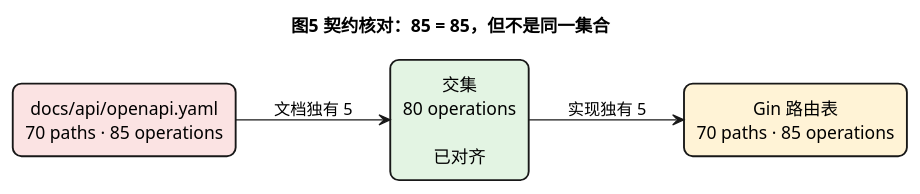
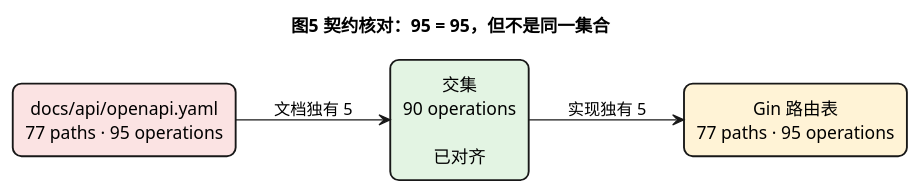
The fifth of 5 diagrams in docs/api/backend-api-inventory.md (nickdevelop/dev_platform), drawn with PlantUML before and after one commit. The commit also changed other lines of this file and 54 other files, not shown here.

````diff
--- a/docs/api/backend-api-inventory.md
+++ b/docs/api/backend-api-inventory.md
@@ -355,19 +372,19 @@
 ```plantuml
 @startuml
-title 图5 契约核对：85 = 85，但不是同一集合
+title 图5 契约核对：95 = 95，但不是同一集合
 
 skinparam defaultTextAlignment center
 skinparam rectangle {
   RoundCorner 14
   BorderThickness 1.5
 }
 left to right direction
 
-rectangle "docs/api/openapi.yaml\n70 paths · 85 operations" as DOC #FBE3E3
-rectangle "交集\n80 operations\n\n已对齐" as BOTH #E3F4E3
-rectangle "Gin 路由表\n70 paths · 85 operations" as CODE #FFF3D6
+rectangle "docs/api/openapi.yaml\n77 paths · 95 operations" as DOC #FBE3E3
+rectangle "交集\n90 operations\n\n已对齐" as BOTH #E3F4E3
+rectangle "Gin 路由表\n77 paths · 95 operations" as CODE #FFF3D6
 
 DOC --> BOTH : 文档独有 5
 BOTH --> CODE : 实现独有 5
 @enduml
 ```
````
